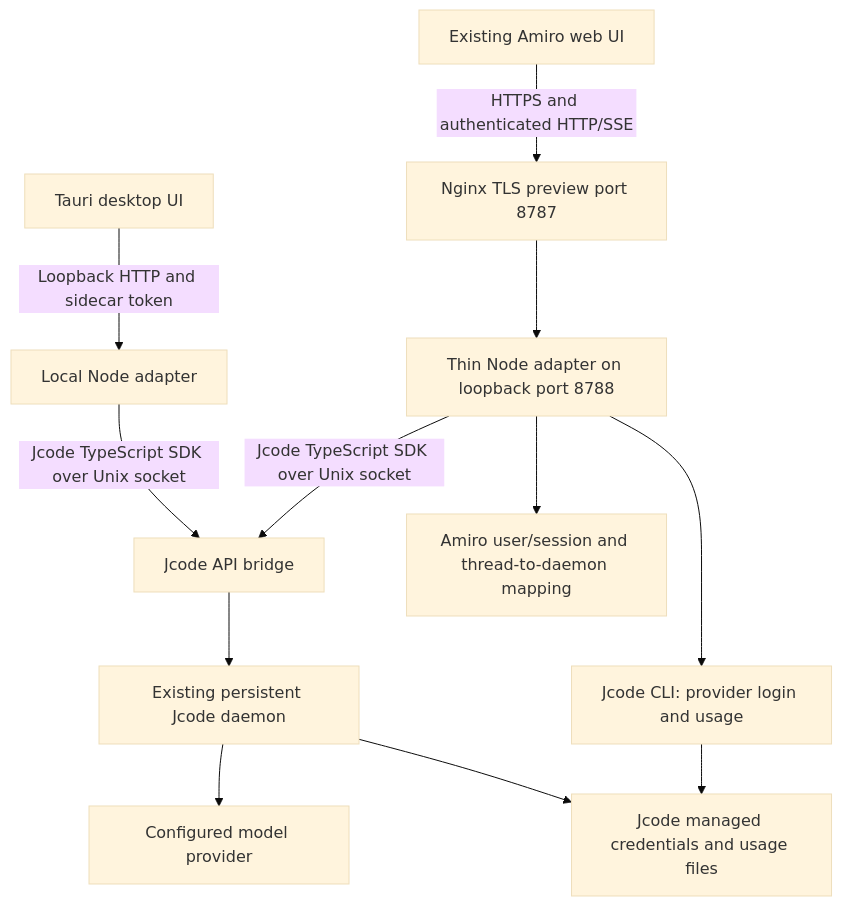
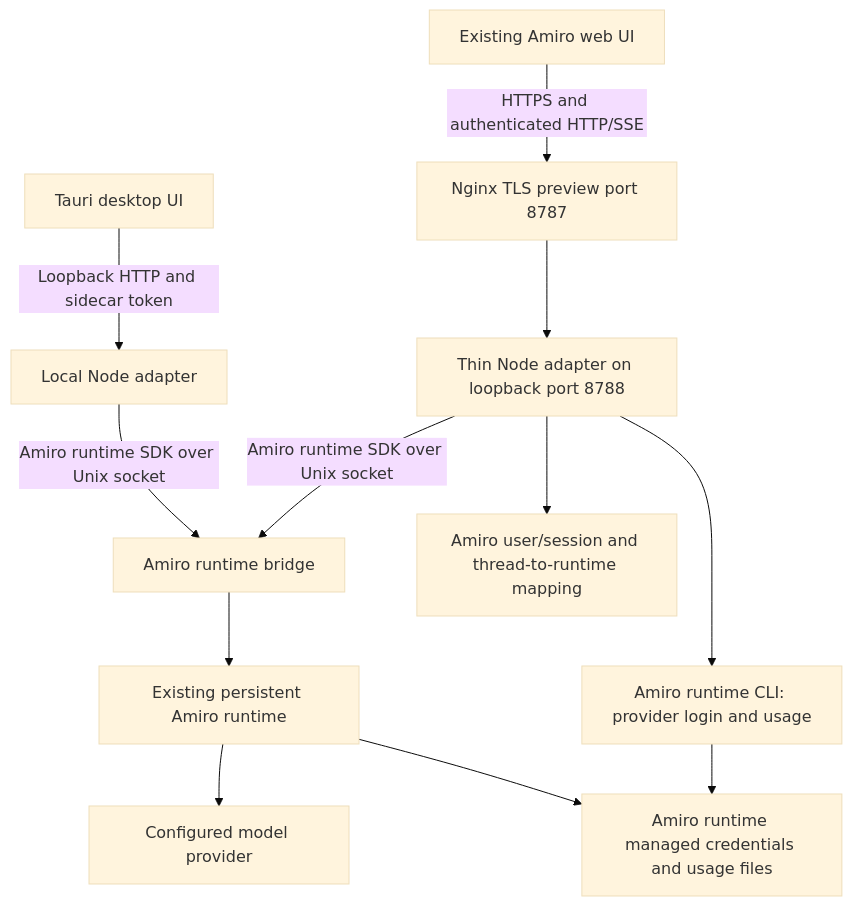
Before and after one commit to vallabha717/Amiro: the diagram in docs/AMIRO-RUNTIME.md, drawn with Mermaid (base theme). The commit also changed other lines of this file and 41 other files, not shown here.

First line of the commit message:
refactor(amiro): brand the adapter and scripts for the native runtime

````diff
--- a/docs/AMIRO-RUNTIME.md
+++ b/docs/AMIRO-RUNTIME.md
@@ -7,14 +7,14 @@
 ```mermaid
 flowchart TD
     W[Existing Amiro web UI] -->|HTTPS and authenticated HTTP/SSE| N[Nginx TLS preview port 8787]
     N --> A[Thin Node adapter on loopback port 8788]
     D[Tauri desktop UI] -->|Loopback HTTP and sidecar token| L[Local Node adapter]
-    A -->|Jcode TypeScript SDK over Unix socket| B[Jcode API bridge]
-    L -->|Jcode TypeScript SDK over Unix socket| B
-    B --> J[Existing persistent Jcode daemon]
+    A -->|Amiro runtime SDK over Unix socket| B[Amiro runtime bridge]
+    L -->|Amiro runtime SDK over Unix socket| B
+    B --> J[Existing persistent Amiro runtime]
     J --> P[Configured model provider]
-    A --> C[Jcode CLI: provider login and usage]
-    C --> S[Jcode managed credentials and usage files]
+    A --> C[Amiro runtime CLI: provider login and usage]
+    C --> S[Amiro runtime managed credentials and usage files]
     J --> S
-    A --> M[Amiro user/session and thread-to-daemon mapping]
+    A --> M[Amiro user/session and thread-to-runtime mapping]
 ```
````
